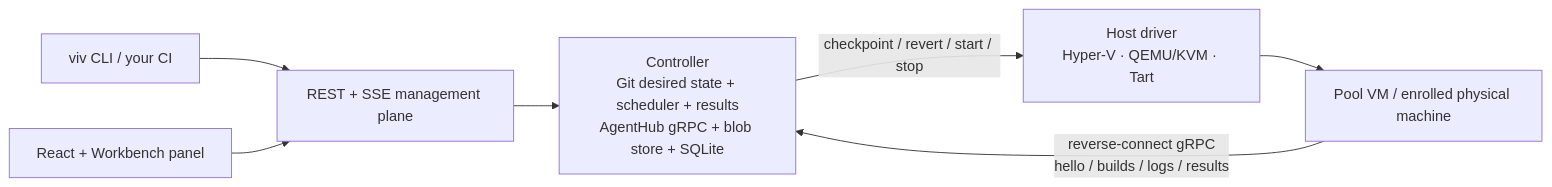
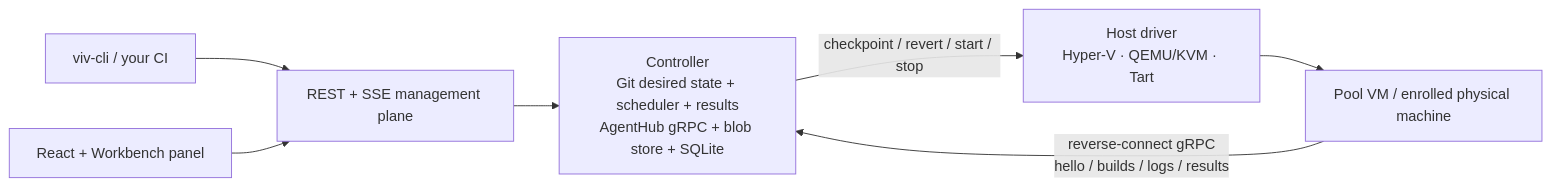
The diagram in README.md (iXab3r/Vivarium), drawn with Mermaid before and after one commit. The commit also changed other lines of this file and 63 other files, not shown here.

````diff
--- a/README.md
+++ b/README.md
@@ -38,10 +38,10 @@
 ```mermaid
 flowchart LR
-    CLI["viv CLI / your CI"] --> REST
+    CLI["viv-cli / your CI"] --> REST
     UI["React + Workbench panel"] --> REST
     REST["REST + SSE management plane"] --> C
     C["Controller<br/>Git desired state + scheduler + results<br/>AgentHub gRPC + blob store + SQLite"]
     C -- "checkpoint / revert / start / stop" --> D["Host driver<br/>Hyper-V · QEMU/KVM · Tart"]
     D --> VM["Pool VM / enrolled physical machine"]
     VM -- "reverse-connect gRPC<br/>hello / builds / logs / results" --> C
 ```
````
